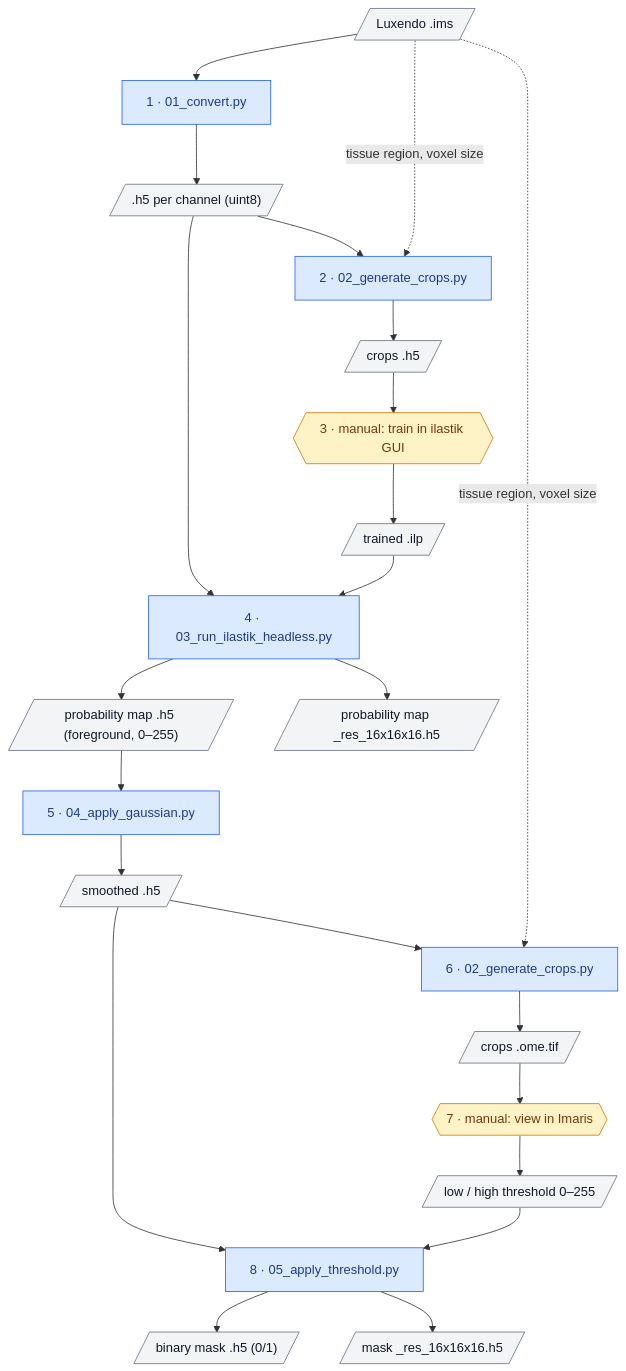
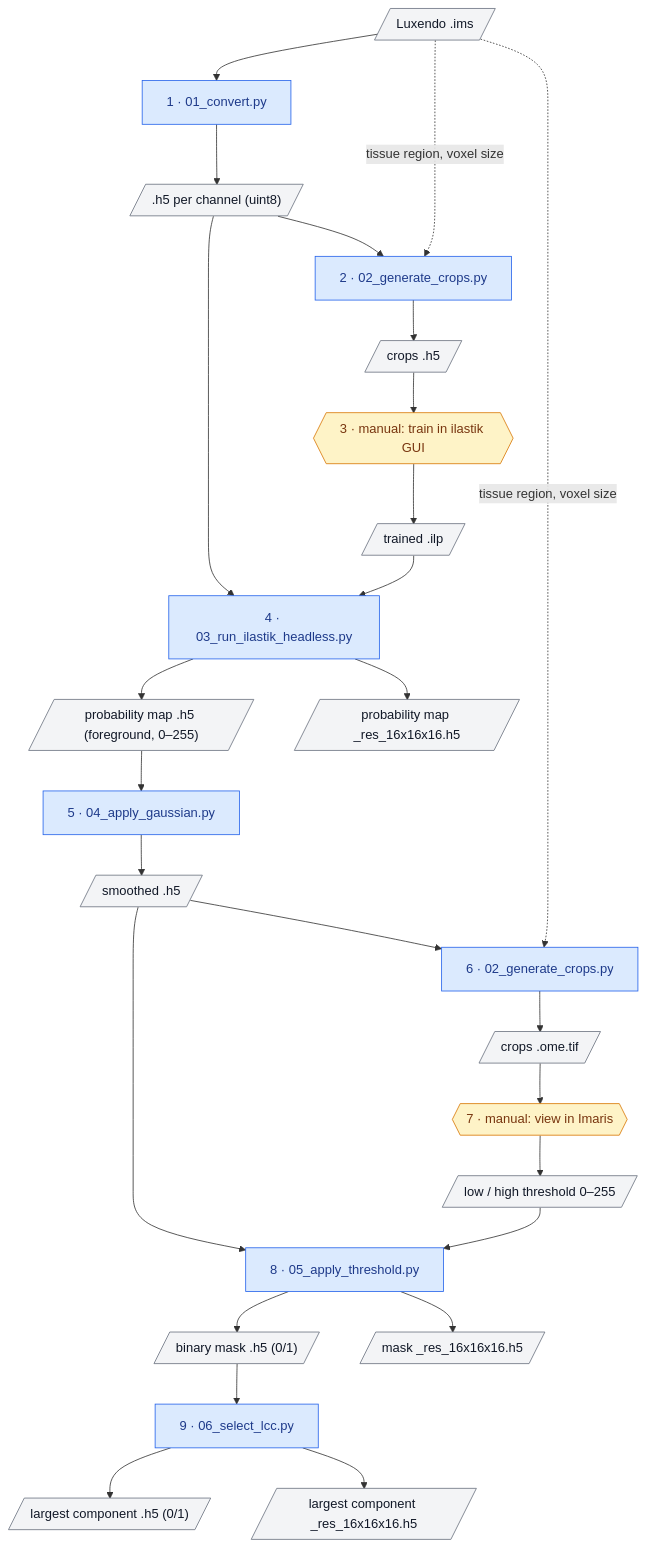
Before and after one commit to domipysch/Ali_Dominik_Skeleton_Pipeline: the diagram in README.md, drawn with Mermaid. The commit also changed other lines of this file and 2 other files, not shown here.

Commit message:
add select largest connected component step

````diff
--- a/README.md
+++ b/README.md
@@ -19,54 +20,61 @@
 ```mermaid
 flowchart TD
     ims[/"Luxendo .ims"/]
 
     s1["1 · 01_convert.py"]
     h5[/".h5 per channel (uint8)"/]
 
     s2["2 · 02_generate_crops.py"]
     crops_train[/"crops .h5"/]
 
     s3{{"3 · manual: train in ilastik GUI"}}
     ilp[/"trained .ilp"/]
 
     s4["4 · 03_run_ilastik_headless.py"]
     prob[/"probability map .h5 (foreground, 0–255)"/]
     prob_low[/"probability map _res_16x16x16.h5"/]
 
     s5["5 · 04_apply_gaussian.py"]
     smooth[/"smoothed .h5"/]
 
     s6["6 · 02_generate_crops.py"]
     crops_view[/"crops .ome.tif"/]
 
     s7{{"7 · manual: view in Imaris"}}
     thr[/"low / high threshold 0–255"/]
 
     s8["8 · 05_apply_threshold.py"]
     mask[/"binary mask .h5 (0/1)"/]
     mask_low[/"mask _res_16x16x16.h5"/]
 
+    s9["9 · 06_select_lcc.py"]
+    lcc[/"largest component .h5 (0/1)"/]
+    lcc_low[/"largest component _res_16x16x16.h5"/]
+
     ims --> s1 --> h5
     h5 --> s2
     ims -. tissue region, voxel size .-> s2
     s2 --> crops_train --> s3 --> ilp
     h5 --> s4
     ilp --> s4
     s4 --> prob
     s4 --> prob_low
     prob --> s5 --> smooth
     smooth --> s6
     ims -. tissue region, voxel size .-> s6
     s6 --> crops_view --> s7 --> thr
     smooth --> s8
     thr --> s8
     s8 --> mask
     s8 --> mask_low
+    mask --> s9
+    s9 --> lcc
+    s9 --> lcc_low
 
     classDef script fill:#dbeafe,stroke:#2563eb,color:#1e3a8a
     classDef manual fill:#fef3c7,stroke:#d97706,color:#78350f
     classDef data fill:#f3f4f6,stroke:#6b7280,color:#111827
-    class s1,s2,s4,s5,s6,s8 script
+    class s1,s2,s4,s5,s6,s8,s9 script
     class s3,s7 manual
-    class ims,h5,crops_train,ilp,prob,prob_low,smooth,crops_view,thr,mask,mask_low data
+    class ims,h5,crops_train,ilp,prob,prob_low,smooth,crops_view,thr,mask,mask_low,lcc,lcc_low data
 ```
````
